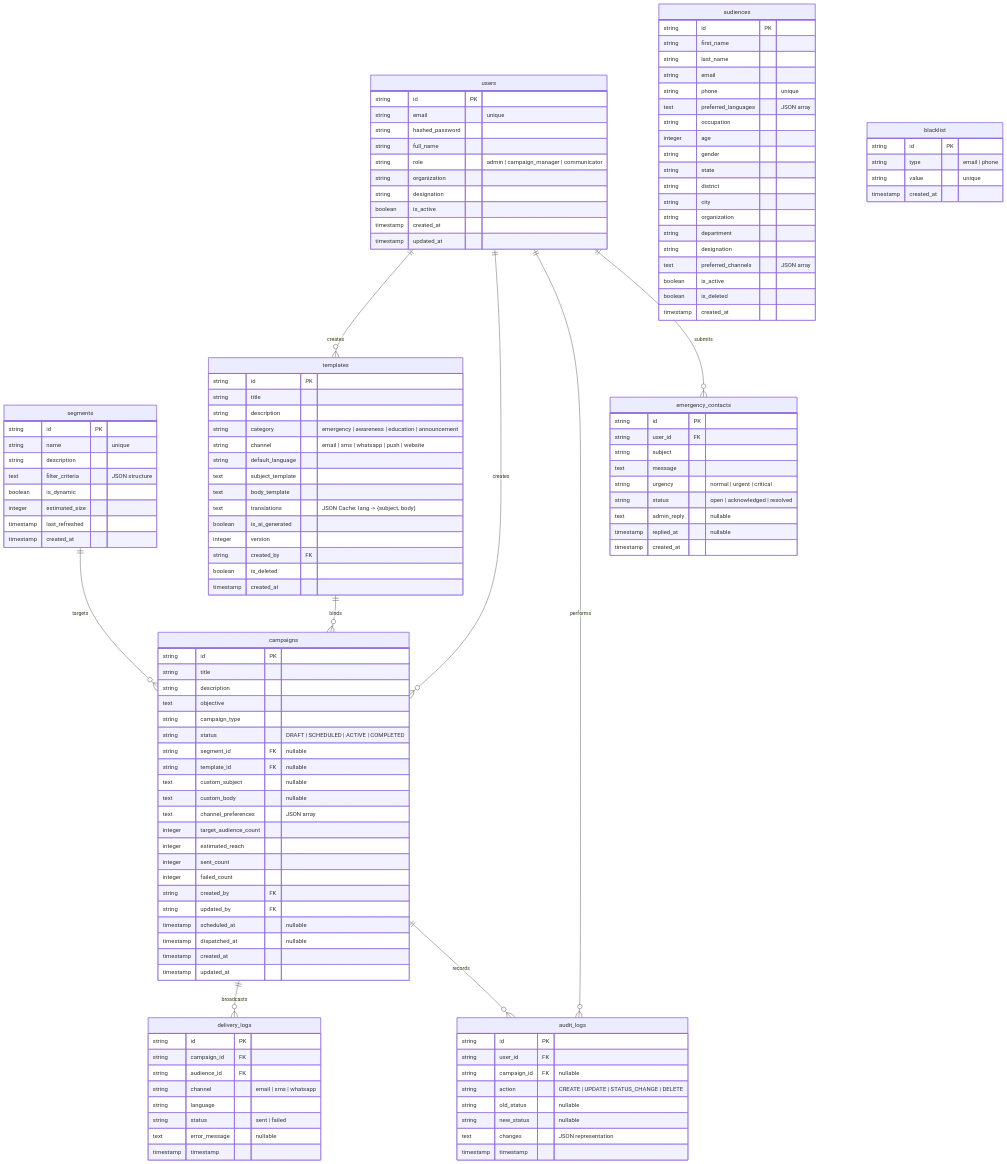
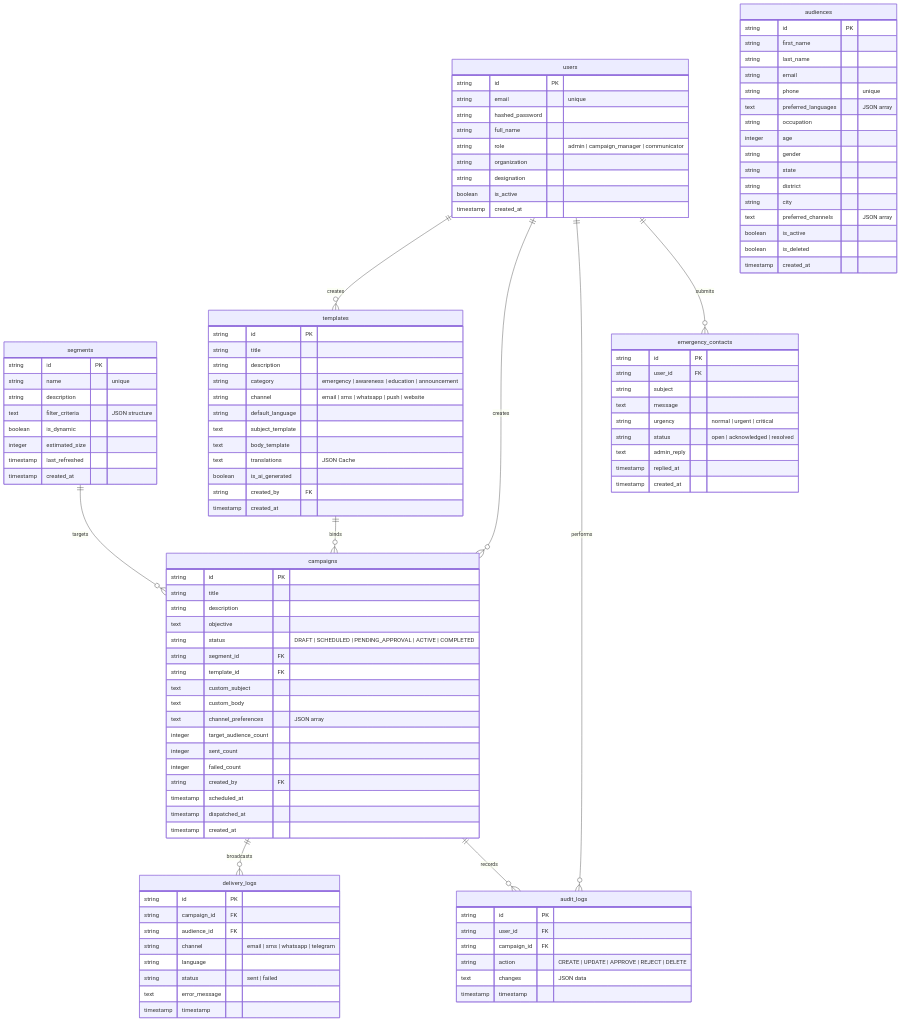
One commit to RiyanshiVerma-11/CommAI changed the third of 4 diagrams in README.md. Above: the diagram before and after it, drawn with Mermaid. The commit also changed other lines of this file, not shown here.

```diff
--- a/README.md
+++ b/README.md
@@ -133,9 +272,8 @@
         string designation
         boolean is_active
         timestamp created_at
-        timestamp updated_at
     }
-    
+
     audiences {
         string id PK
         string first_name
@@ -149,15 +287,12 @@
         string state
         string district
         string city
-        string organization
-        string department
-        string designation
         text preferred_channels "JSON array"
         boolean is_active
         boolean is_deleted
         timestamp created_at
     }
-    
+
     segments {
         string id PK
         string name "unique"
@@ -168,7 +303,7 @@
         timestamp last_refreshed
         timestamp created_at
     }
-    
+
     templates {
         string id PK
         string title
@@ -178,11 +313,9 @@
         string default_language
         text subject_template
         text body_template
-        text translations "JSON Cache: lang -> {subject, body}"
+        text translations "JSON Cache"
         boolean is_ai_generated
-        integer version
         string created_by FK
-        boolean is_deleted
         timestamp created_at
     }
 
@@ -191,52 +324,39 @@
         string title
         string description
         text objective
-        string campaign_type
-        string status "DRAFT | SCHEDULED | ACTIVE | COMPLETED"
-        string segment_id FK "nullable"
-        string template_id FK "nullable"
-        text custom_subject "nullable"
-        text custom_body "nullable"
+        string status "DRAFT | SCHEDULED | PENDING_APPROVAL | ACTIVE | COMPLETED"
+        string segment_id FK
+        string template_id FK
+        text custom_subject
+        text custom_body
         text channel_preferences "JSON array"
         integer target_audience_count
-        integer estimated_reach
         integer sent_count
         integer failed_count
         string created_by FK
-        string updated_by FK
-        timestamp scheduled_at "nullable"
-        timestamp dispatched_at "nullable"
+        timestamp scheduled_at
+        timestamp dispatched_at
         timestamp created_at
-        timestamp updated_at
     }
 
     delivery_logs {
         string id PK
         string campaign_id FK
         string audience_id FK
-        string channel "email | sms | whatsapp"
+        string channel "email | sms | whatsapp | telegram"
         string language
         string status "sent | failed"
-        text error_message "nullable"
+        text error_message
         timestamp timestamp
     }
 
     audit_logs {
         string id PK
         string user_id FK
-        string campaign_id FK "nullable"
-        string action "CREATE | UPDATE | STATUS_CHANGE | DELETE"
-        string old_status "nullable"
-        string new_status "nullable"
-        text changes "JSON representation"
+        string campaign_id FK
+        string action "CREATE | UPDATE | APPROVE | REJECT | DELETE"
+        text changes "JSON data"
         timestamp timestamp
-    }
-
-    blacklist {
-        string id PK
-        string type "email | phone"
-        string value "unique"
-        timestamp created_at
     }
 
     emergency_contacts {
@@ -246,8 +366,8 @@
         text message
         string urgency "normal | urgent | critical"
         string status "open | acknowledged | resolved"
-        text admin_reply "nullable"
-        timestamp replied_at "nullable"
+        text admin_reply
+        timestamp replied_at
         timestamp created_at
     }
 
```
